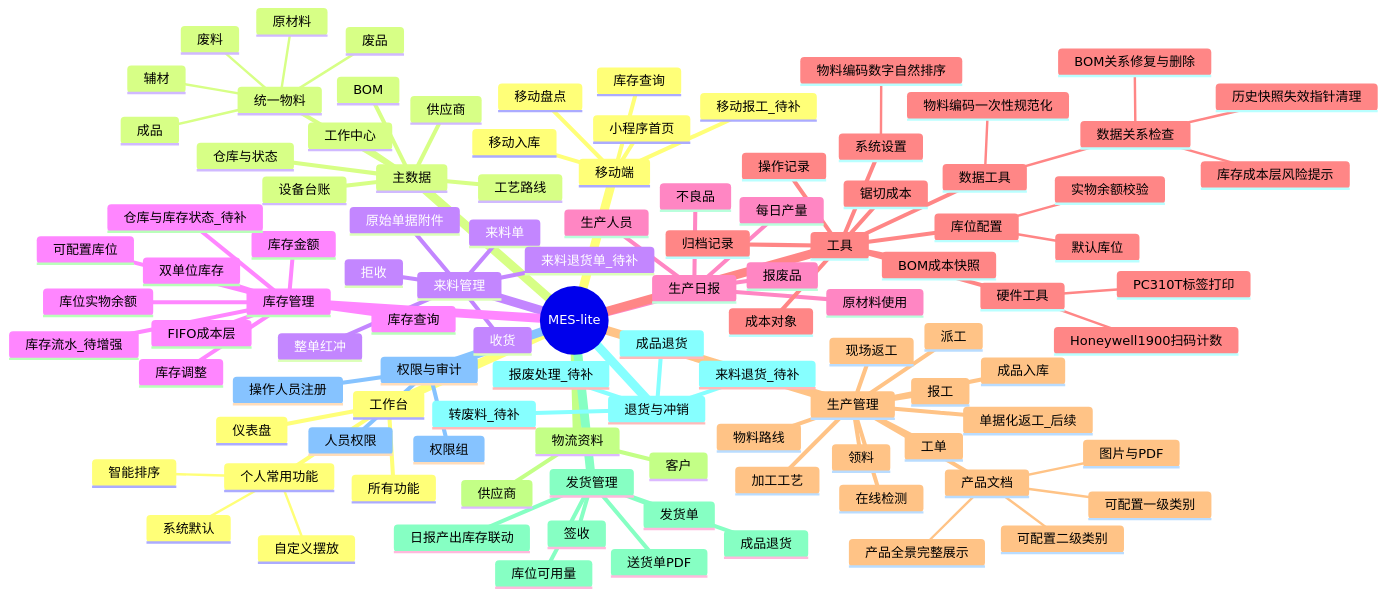
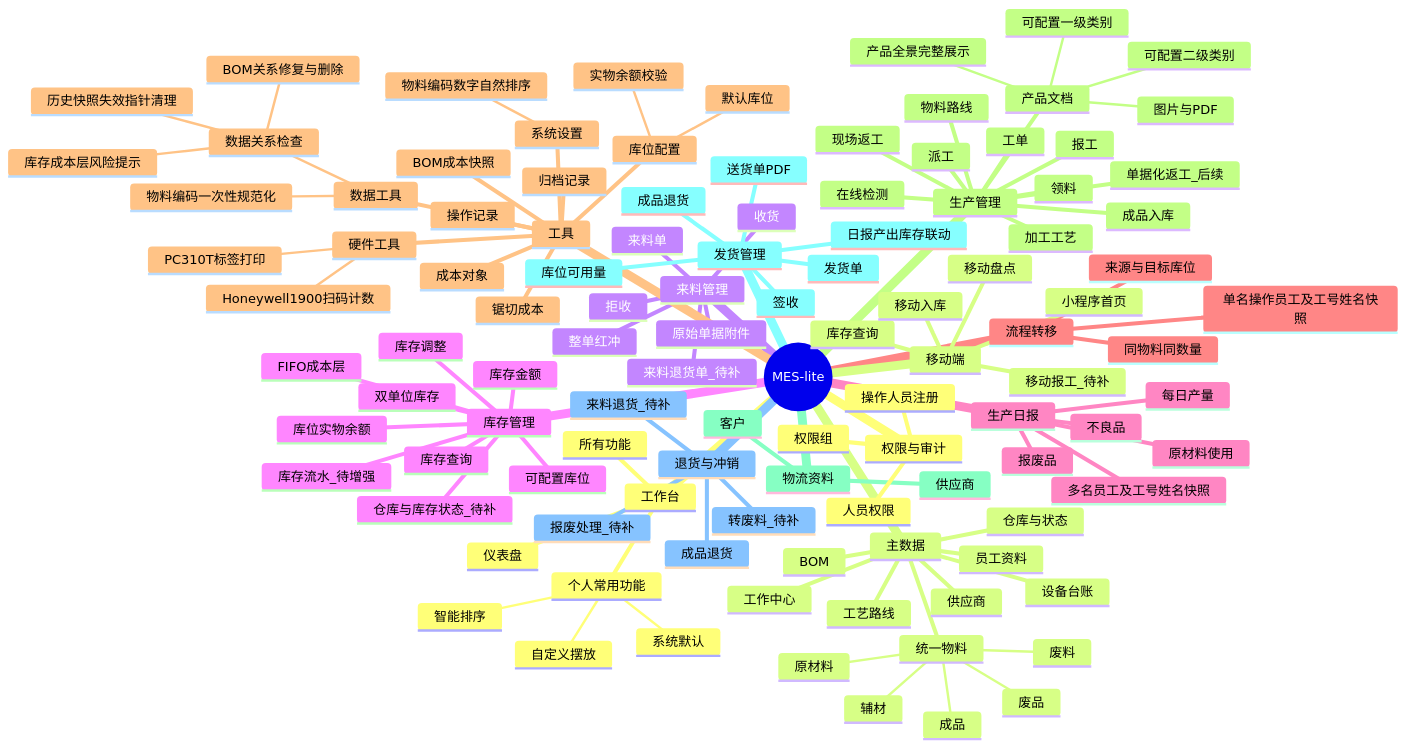
One commit to goldf2/mes-lite changed the first of 17 diagrams in docs/minierp/system-function-flow.md. Above: the diagram before and after it, drawn with Mermaid. The commit also changed other lines of this file and 29 other files, not shown here.

```diff
--- a/docs/minierp/system-function-flow.md
+++ b/docs/minierp/system-function-flow.md
@@ -39,6 +40,7 @@
         废料
         废品
       供应商
+      员工资料
       BOM
       工艺路线
       工作中心
@@ -66,7 +68,11 @@
       不良品
       报废品
       原材料使用
-      生产人员
+      多名员工及工号姓名快照
+    流程转移
+      单名操作员工及工号姓名快照
+      同物料同数量
+      来源与目标库位
     工具
       锯切成本
       成本对象
```
